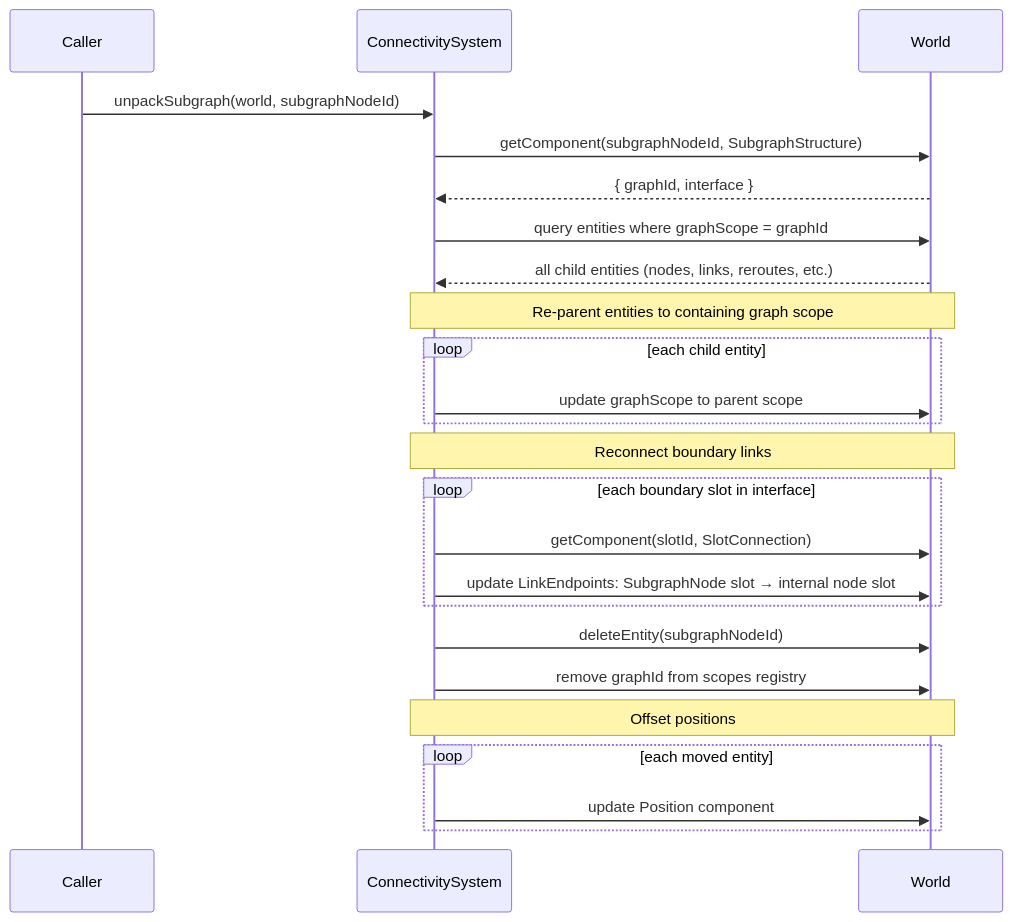
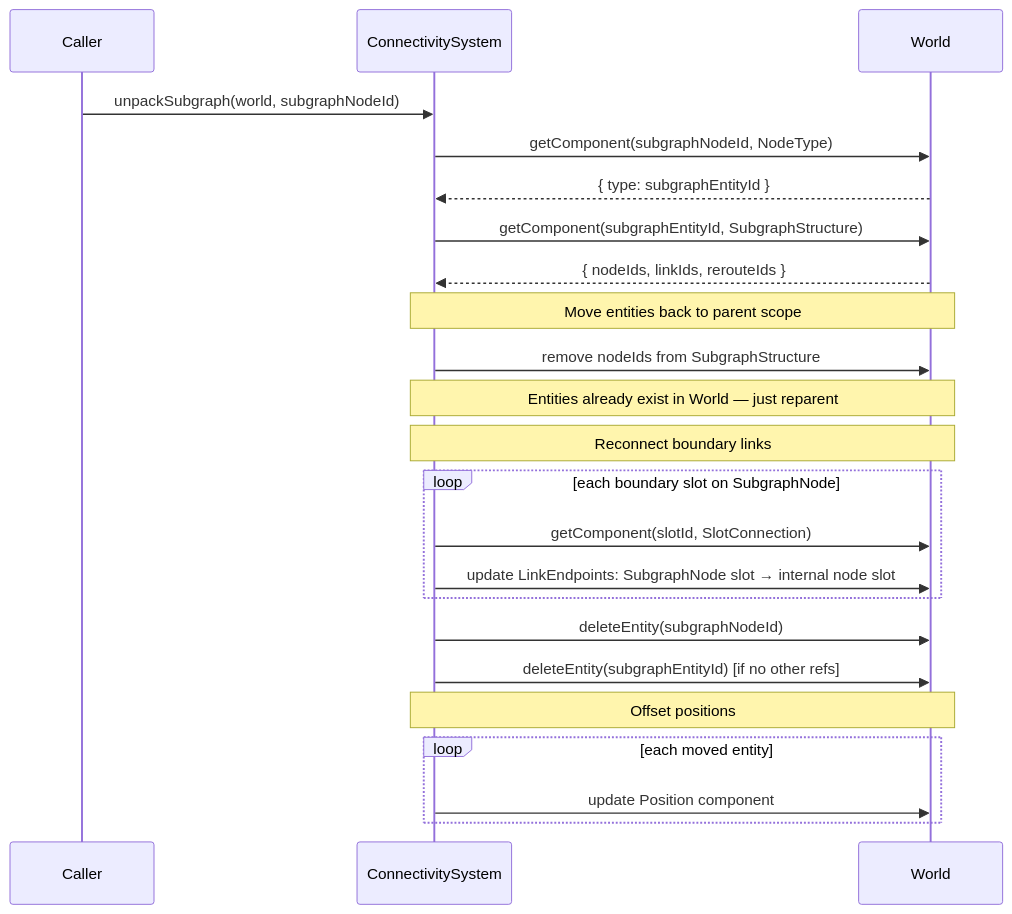
The tenth of 14 diagrams in docs/architecture/ecs-lifecycle-scenarios.md (Comfy-Org/ComfyUI_frontend), drawn with Mermaid before and after one commit. The commit also changed other lines of this file and 1 other file, not shown here.

First line of the commit message:
fix: tighten ECS architecture docs and migration gates

````diff
--- a/docs/architecture/ecs-lifecycle-scenarios.md
+++ b/docs/architecture/ecs-lifecycle-scenarios.md
@@ -495,36 +493,35 @@
 ```mermaid
 sequenceDiagram
     participant Caller
     participant CS as ConnectivitySystem
     participant W as World
 
     Caller->>CS: unpackSubgraph(world, subgraphNodeId)
 
-    CS->>W: getComponent(subgraphNodeId, SubgraphStructure)
-    W-->>CS: { graphId, interface }
+    CS->>W: getComponent(subgraphNodeId, NodeType)
+    W-->>CS: { type: subgraphEntityId }
 
-    CS->>W: query entities where graphScope = graphId
-    W-->>CS: all child entities (nodes, links, reroutes, etc.)
+    CS->>W: getComponent(subgraphEntityId, SubgraphStructure)
+    W-->>CS: { nodeIds, linkIds, rerouteIds }
 
-    Note over CS,W: Re-parent entities to containing graph scope
+    Note over CS,W: Move entities back to parent scope
 
-    loop each child entity
-        CS->>W: update graphScope to parent scope
-    end
+    CS->>W: remove nodeIds from SubgraphStructure
+    Note over CS,W: Entities already exist in World — just reparent
 
     Note over CS,W: Reconnect boundary links
 
-    loop each boundary slot in interface
+    loop each boundary slot on SubgraphNode
         CS->>W: getComponent(slotId, SlotConnection)
         CS->>W: update LinkEndpoints: SubgraphNode slot → internal node slot
     end
 
     CS->>W: deleteEntity(subgraphNodeId)
-    CS->>W: remove graphId from scopes registry
+    CS->>W: deleteEntity(subgraphEntityId) [if no other refs]
 
     Note over CS,W: Offset positions
 
     loop each moved entity
         CS->>W: update Position component
     end
 ```
````
